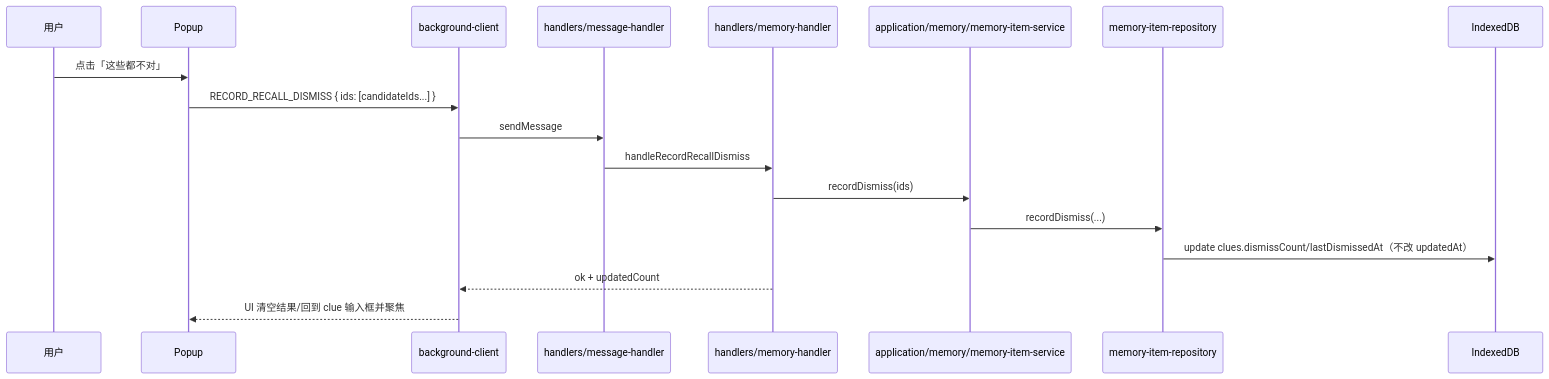
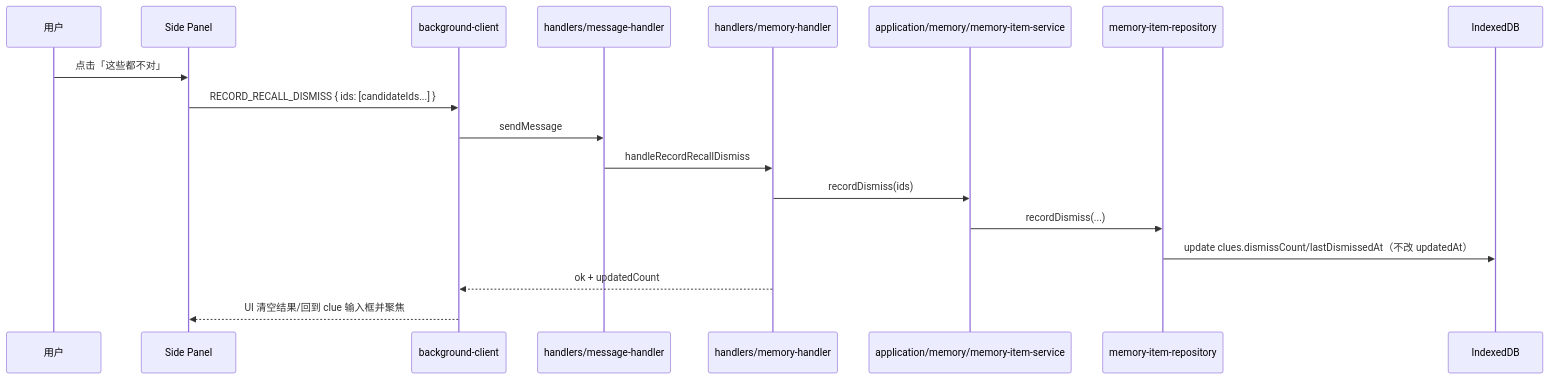
Before and after one commit to yiveno/yiveno: the fifth of 5 diagrams in docs/architecture/Yiveno-运行时架构流程-v1.md, drawn with Mermaid. The commit also changed other lines of this file and 5 other files, not shown here.

````diff
--- a/docs/architecture/Yiveno-运行时架构流程-v1.md
+++ b/docs/architecture/Yiveno-运行时架构流程-v1.md
@@ -308,21 +308,21 @@
 ```mermaid
 sequenceDiagram
   participant U as 用户
-  participant UI as Popup
+  participant UI as Side Panel
   participant BC as background-client
   participant MH as handlers/message-handler
   participant MHB as handlers/memory-handler
   participant APP as application/memory/memory-item-service
   participant REPO as memory-item-repository
   participant IDB as IndexedDB
 
   U->>UI: 点击「这些都不对」
   UI->>BC: RECORD_RECALL_DISMISS { ids: [candidateIds...] }
   BC->>MH: sendMessage
   MH->>MHB: handleRecordRecallDismiss
   MHB->>APP: recordDismiss(ids)
   APP->>REPO: recordDismiss(...)
   REPO->>IDB: update clues.dismissCount/lastDismissedAt（不改 updatedAt）
   MHB-->>BC: ok + updatedCount
   BC-->>UI: UI 清空结果/回到 clue 输入框并聚焦
 ```
````
